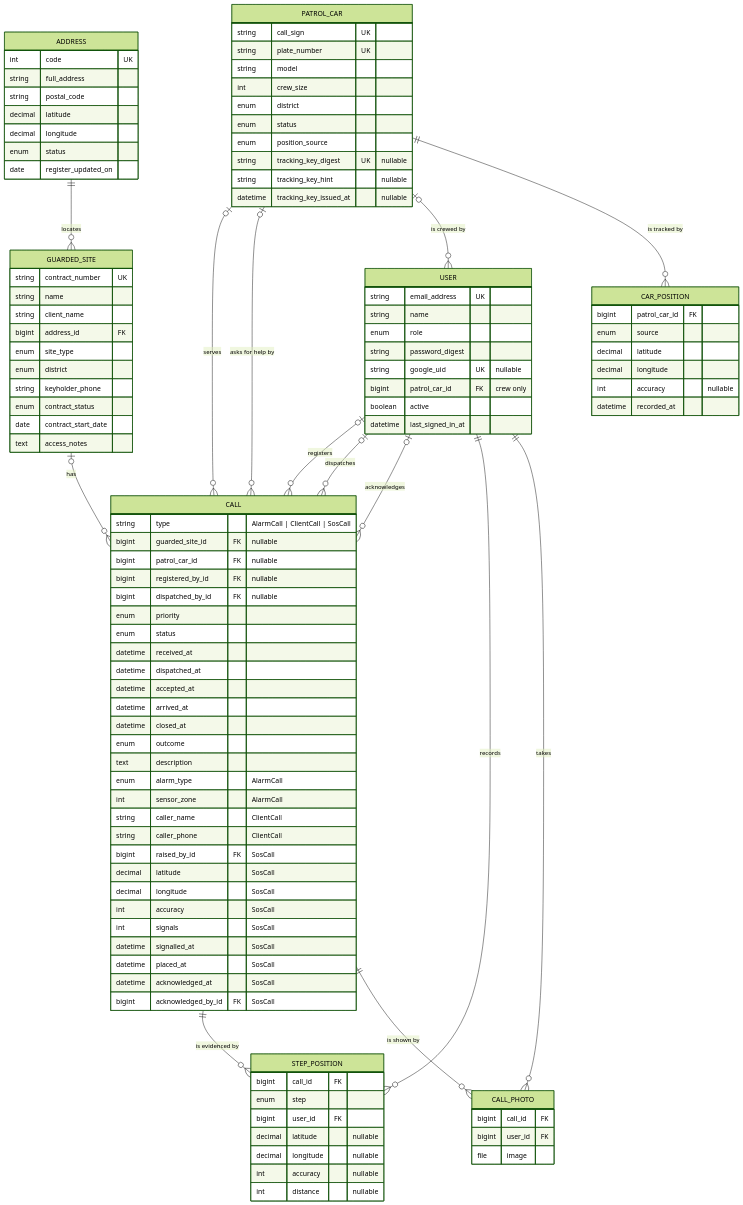
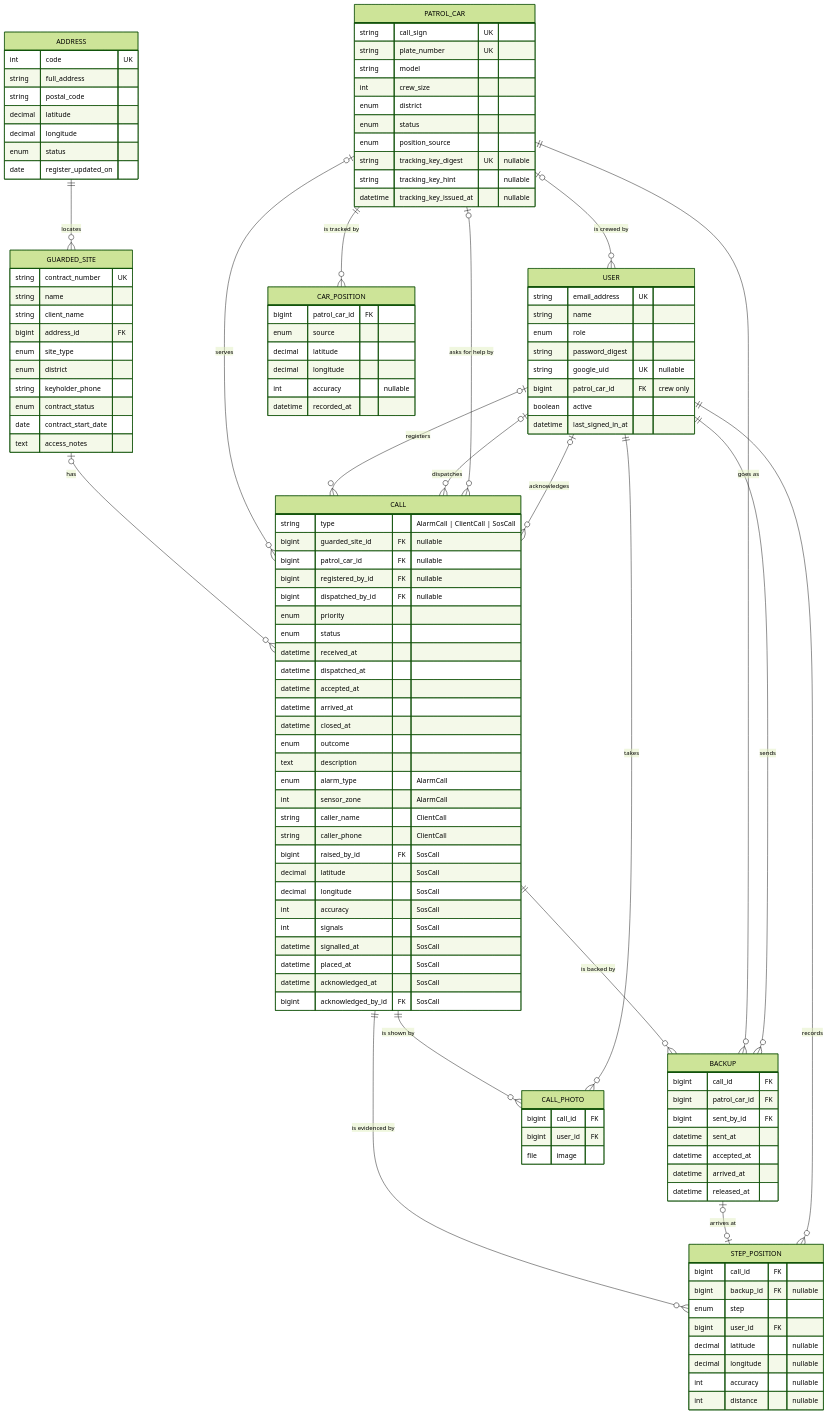
Before and after one commit to jromanovs/patrol-call-system: the first of 2 diagrams in SPECIFICATION.md, drawn with Mermaid (forest theme). The commit also changed other lines of this file, not shown here.

First line of the commit message:
docs(spec): further cars of a call — BR-22, UPD-14, UPD-15, UPD-16, CRW-12 (#85)

```diff
--- a/SPECIFICATION.md
+++ b/SPECIFICATION.md
@@ -242,6 +258,10 @@
     PATROL_CAR |o--o{ USER : "is crewed by"
     PATROL_CAR ||--o{ CAR_POSITION : "is tracked by"
     CALL ||--o{ STEP_POSITION : "is evidenced by"
+    CALL ||--o{ BACKUP : "is backed by"
+    PATROL_CAR ||--o{ BACKUP : "goes as"
+    USER ||--o{ BACKUP : "sends"
+    BACKUP |o--o| STEP_POSITION : "arrives at"
     USER ||--o{ STEP_POSITION : "records"
     CALL ||--o{ CALL_PHOTO : "is shown by"
     USER ||--o{ CALL_PHOTO : "takes"
@@ -325,8 +345,18 @@
         datetime acknowledged_at "SosCall"
         bigint acknowledged_by_id FK "SosCall"
     }
+    BACKUP {
+        bigint call_id FK
+        bigint patrol_car_id FK
+        bigint sent_by_id FK
+        datetime sent_at
+        datetime accepted_at
+        datetime arrived_at
+        datetime released_at
+    }
     STEP_POSITION {
         bigint call_id FK
+        bigint backup_id FK "nullable"
         enum step
         bigint user_id FK
         decimal latitude "nullable"
```
